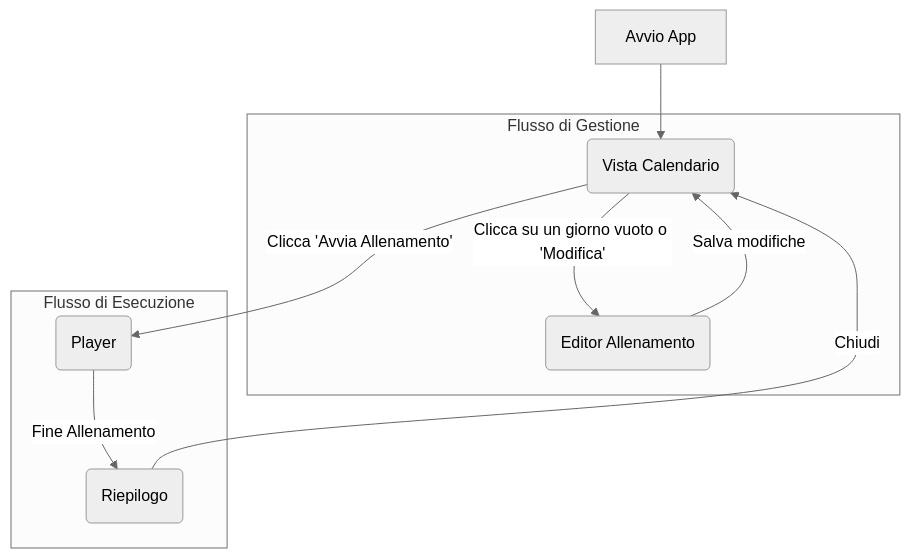
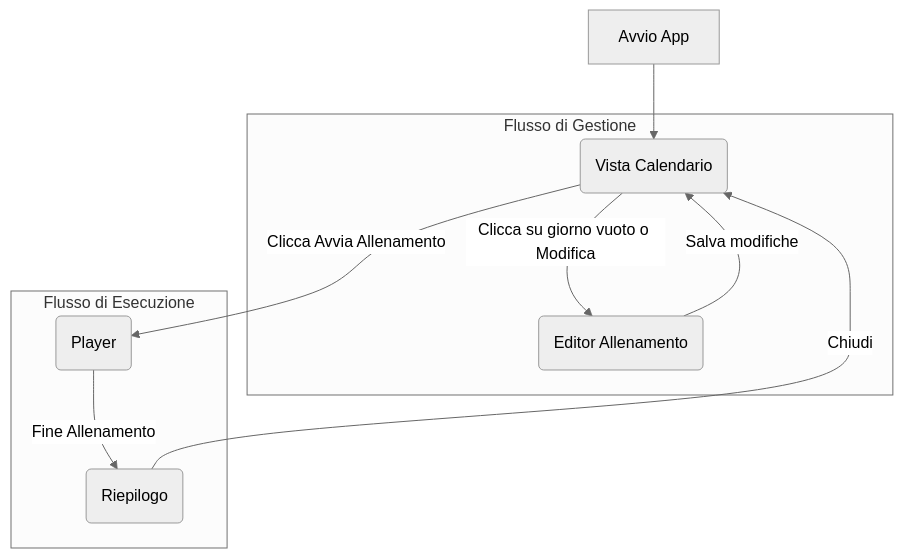
One commit to BastAldo/mtp.ap0.it changed the diagram in docs/flowcharts/01_main_flow.md. Above: the diagram before and after it, drawn with Mermaid (neutral theme). The commit also changed 1 other file, not shown here.

Commit message:
fix(docs): Correggere sintassi Mermaid nel flowchart principale

````diff
--- a/docs/flowcharts/01_main_flow.md
+++ b/docs/flowcharts/01_main_flow.md
@@ -5,15 +5,15 @@
 ```mermaid
 graph TD
     A[Avvio App] --> B(Vista Calendario);
 
     subgraph Flusso di Gestione
-        B --> |Clicca su un giorno vuoto o 'Modifica'| C(Editor Allenamento);
+        B --> |Clicca su giorno vuoto o Modifica| C(Editor Allenamento);
         C --> |Salva modifiche| B;
     end
 
     subgraph Flusso di Esecuzione
-        B --> |Clicca 'Avvia Allenamento'| D(Player);
+        B --> |Clicca Avvia Allenamento| D(Player);
         D --> |Fine Allenamento| E(Riepilogo);
         E --> |Chiudi| B;
     end
 ```
````
